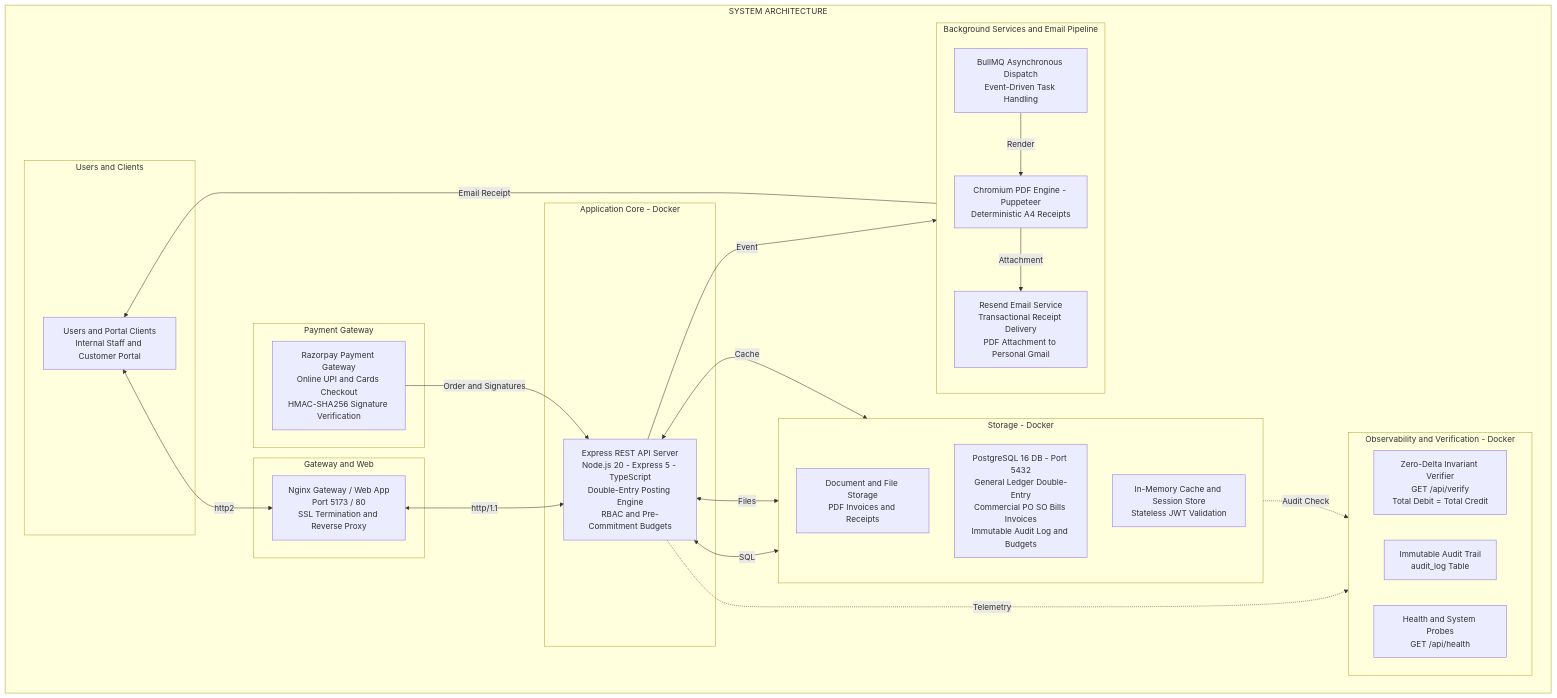
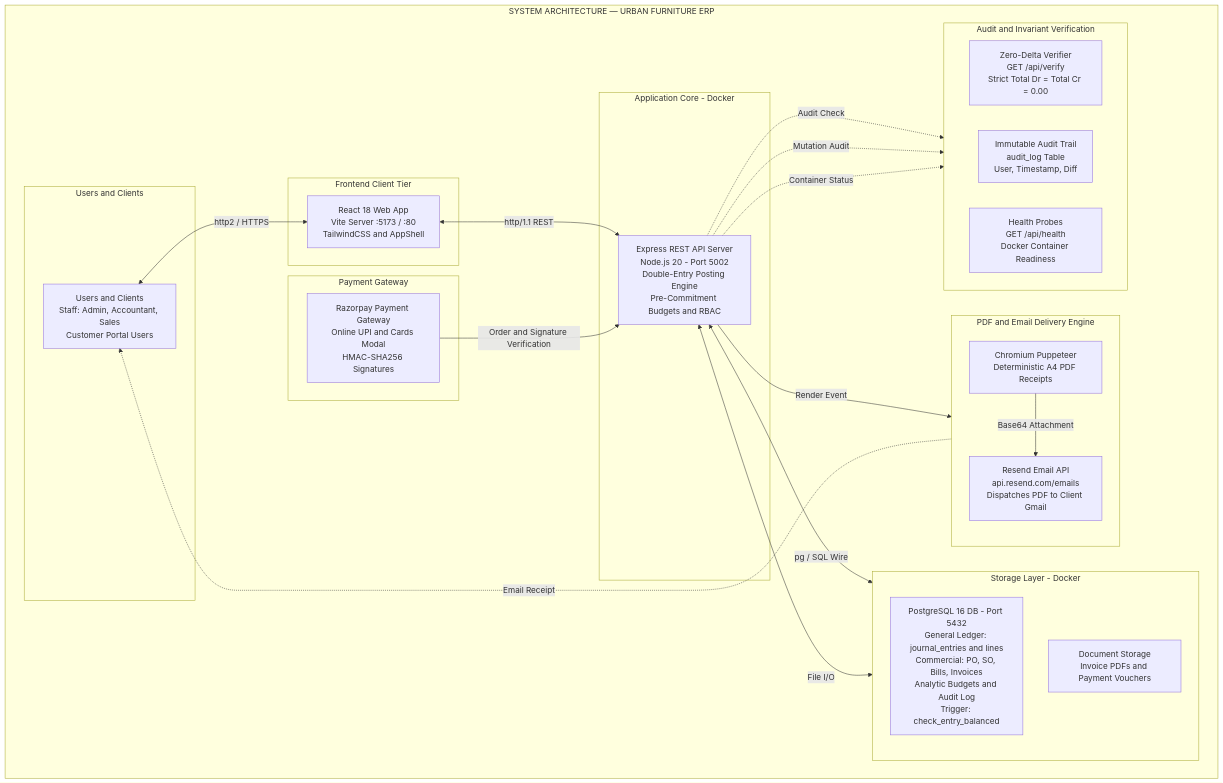
One commit to cooldude698/Urban-Furniture-Accounting-System changed the first of 16 diagrams in README.md. Above: the diagram before and after it, drawn with Mermaid. The commit also changed other lines of this file and 1 other file, not shown here.

Commit message:
docs: align architecture diagram strictly with Urban Furniture ERP components

````diff
--- a/README.md
+++ b/README.md
@@ -25,60 +25,57 @@
 ```mermaid
 flowchart LR
-    subgraph SysArch [SYSTEM ARCHITECTURE]
+    subgraph SysArch [SYSTEM ARCHITECTURE — URBAN FURNITURE ERP]
         direction LR
 
         subgraph ActorsCluster [Users and Clients]
-            Users[Users and Portal Clients<br/>Internal Staff and Customer Portal]
+            Users[Users and Clients<br/>Staff: Admin, Accountant, Sales<br/>Customer Portal Users]
         end
 
-        subgraph GatewayCluster [Gateway and Web]
-            Gateway[Nginx Gateway / Web App<br/>Port 5173 / 80<br/>SSL Termination and Reverse Proxy]
+        subgraph GatewayCluster [Frontend Client Tier]
+            Gateway[React 18 Web App<br/>Vite Server :5173 / :80<br/>TailwindCSS and AppShell]
         end
 
         subgraph AppCluster [Application Core - Docker]
-            WebApp[Express REST API Server<br/>Node.js 20 - Express 5 - TypeScript<br/>Double-Entry Posting Engine<br/>RBAC and Pre-Commitment Budgets]
+            WebApp[Express REST API Server<br/>Node.js 20 - Port 5002<br/>Double-Entry Posting Engine<br/>Pre-Commitment Budgets and RBAC]
         end
 
         subgraph PaymentCluster [Payment Gateway]
-            Razorpay[Razorpay Payment Gateway<br/>Online UPI and Cards Checkout<br/>HMAC-SHA256 Signature Verification]
+            Razorpay[Razorpay Payment Gateway<br/>Online UPI and Cards Modal<br/>HMAC-SHA256 Signatures]
         end
 
-        subgraph StorageCluster [Storage - Docker]
+        subgraph StorageCluster [Storage Layer - Docker]
             direction TB
-            CloudStorage[Document and File Storage<br/>PDF Invoices and Receipts]
-            PostgresDB[PostgreSQL 16 DB - Port 5432<br/>General Ledger Double-Entry<br/>Commercial PO SO Bills Invoices<br/>Immutable Audit Log and Budgets]
-            RedisCache[In-Memory Cache and Session Store<br/>Stateless JWT Validation]
+            PostgresDB[PostgreSQL 16 DB - Port 5432<br/>General Ledger: journal_entries and lines<br/>Commercial: PO, SO, Bills, Invoices<br/>Analytic Budgets and Audit Log<br/>Trigger: check_entry_balanced]
+            DocStorage[Document Storage<br/>Invoice PDFs and Payment Vouchers]
         end
 
-        subgraph WorkerCluster [Background Services and Email Pipeline]
+        subgraph WorkerCluster [PDF and Email Delivery Engine]
             direction TB
-            BullQueue[BullMQ Asynchronous Dispatch<br/>Event-Driven Task Handling]
-            EmailService[Resend Email Service<br/>Transactional Receipt Delivery<br/>PDF Attachment to Personal Gmail]
-            PdfEngine[Chromium PDF Engine - Puppeteer<br/>Deterministic A4 Receipts]
+            PdfEngine[Chromium Puppeteer<br/>Deterministic A4 PDF Receipts]
+            EmailService[Resend Email API<br/>api.resend.com/emails<br/>Dispatches PDF to Client Gmail]
         end
 
-        subgraph ObservabilityCluster [Observability and Verification - Docker]
+        subgraph ObservabilityCluster [Audit and Invariant Verification]
             direction LR
-            Prometheus[Zero-Delta Invariant Verifier<br/>GET /api/verify<br/>Total Debit = Total Credit]
-            Grafana[Immutable Audit Trail<br/>audit_log Table]
-            Loki[Health and System Probes<br/>GET /api/health]
+            Verifier[Zero-Delta Verifier<br/>GET /api/verify<br/>Strict Total Dr = Total Cr = 0.00]
+            AuditTrail[Immutable Audit Trail<br/>audit_log Table<br/>User, Timestamp, Diff]
+            HealthProbes[Health Probes<br/>GET /api/health<br/>Docker Container Readiness]
         end
 
-        Users <-->|http2| Gateway
-        Gateway <-->|http/1.1| WebApp
+        Users <-->|http2 / HTTPS| Gateway
+        Gateway <-->|http/1.1 REST| WebApp
 
-        Razorpay -->|Order and Signatures| WebApp
+        Razorpay -->|Order and Signature Verification| WebApp
 
-        WebApp <-->|SQL| PostgresDB
-        WebApp <-->|Files| CloudStorage
-        WebApp <-->|Cache| RedisCache
+        WebApp <-->|pg / SQL Wire| PostgresDB
+        WebApp <-->|File I/O| DocStorage
 
-        WebApp -->|Event| BullQueue
-        BullQueue -->|Render| PdfEngine
-        PdfEngine -->|Attachment| EmailService
-        EmailService -->|Email Receipt| Users
+        WebApp -->|Render Event| PdfEngine
+        PdfEngine -->|Base64 Attachment| EmailService
+        EmailService -.->|Email Receipt| Users
 
-        WebApp -.->|Telemetry| ObservabilityCluster
-        PostgresDB -.->|Audit Check| Prometheus
+        WebApp -.->|Audit Check| Verifier
+        WebApp -.->|Mutation Audit| AuditTrail
+        WebApp -.->|Container Status| HealthProbes
     end
 ```
````
